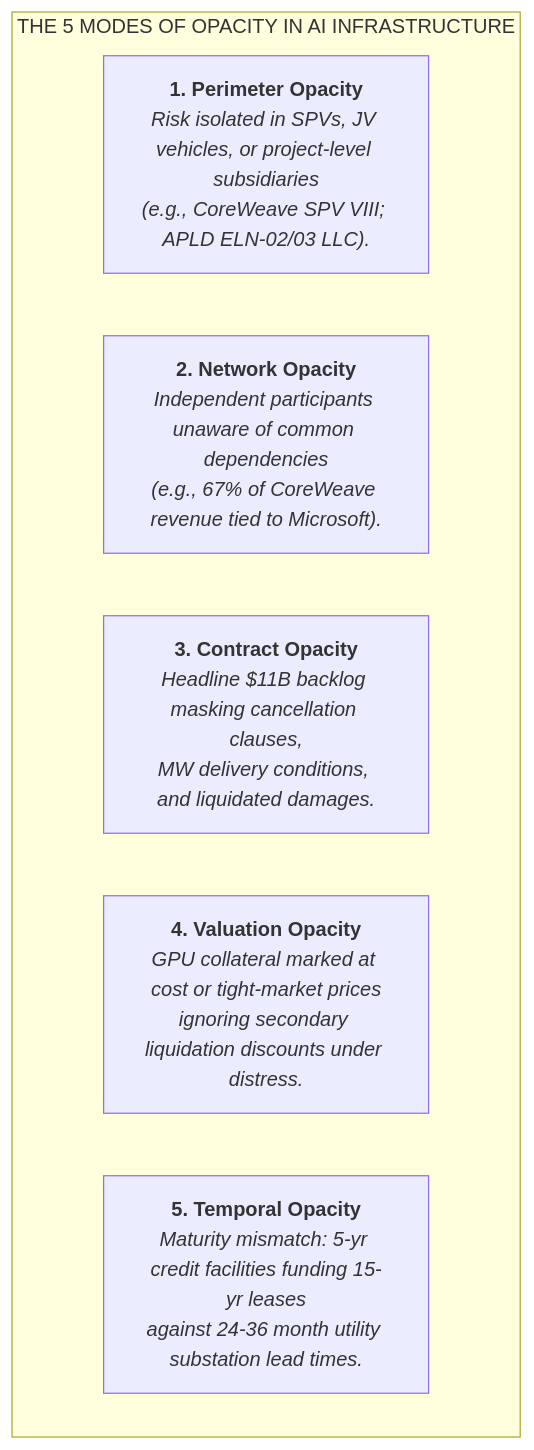
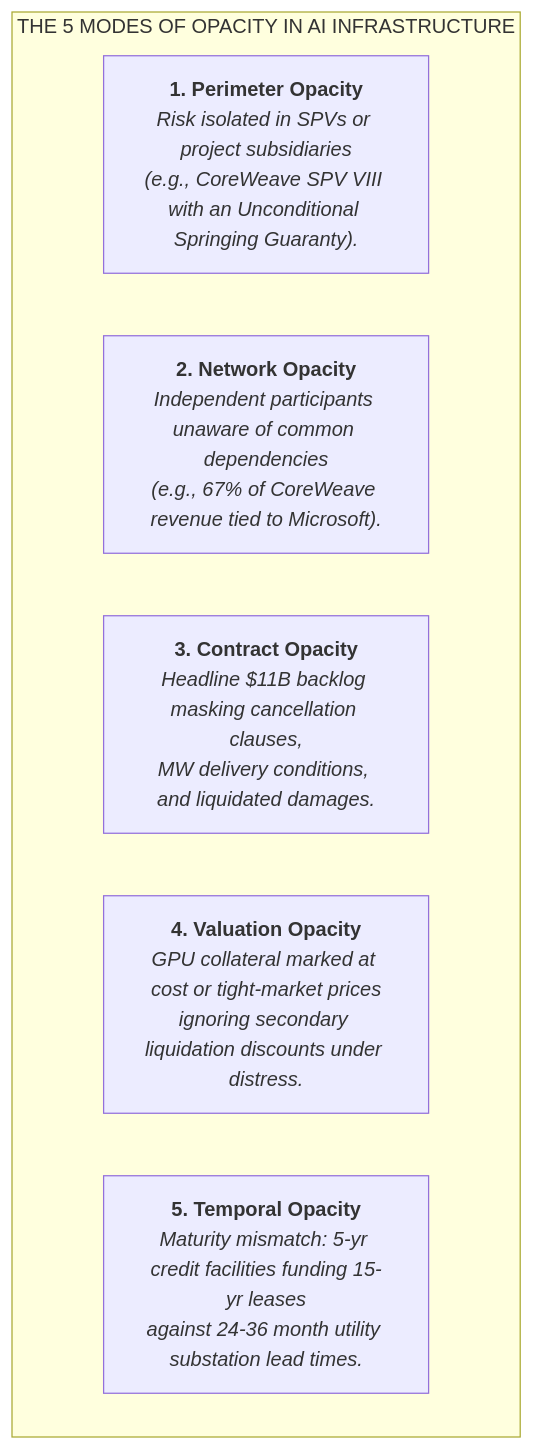
Before and after one commit to admiralorbiter/computational-sketchbook: the first of 2 diagrams in 2026/2026-09-28-ai-infrastructure-network/README.md, drawn with Mermaid. The commit also changed other lines of this file and 24 other files, not shown here.

````diff
--- a/2026/2026-09-28-ai-infrastructure-network/README.md
+++ b/2026/2026-09-28-ai-infrastructure-network/README.md
@@ -31,10 +31,10 @@
 ```mermaid
 flowchart TD
     subgraph OP["THE 5 MODES OF OPACITY IN AI INFRASTRUCTURE"]
-        P["<b>1. Perimeter Opacity</b><br/><i>Risk isolated in SPVs, JV vehicles, or project-level subsidiaries<br/>(e.g., CoreWeave SPV VIII; APLD ELN-02/03 LLC).</i>"]
+        P["<b>1. Perimeter Opacity</b><br/><i>Risk isolated in SPVs or project subsidiaries<br/>(e.g., CoreWeave SPV VIII with an Unconditional Springing Guaranty).</i>"]
         N["<b>2. Network Opacity</b><br/><i>Independent participants unaware of common dependencies<br/>(e.g., 67% of CoreWeave revenue tied to Microsoft).</i>"]
         C["<b>3. Contract Opacity</b><br/><i>Headline $11B backlog masking cancellation clauses,<br/>MW delivery conditions, and liquidated damages.</i>"]
         V["<b>4. Valuation Opacity</b><br/><i>GPU collateral marked at cost or tight-market prices<br/>ignoring secondary liquidation discounts under distress.</i>"]
         T["<b>5. Temporal Opacity</b><br/><i>Maturity mismatch: 5-yr credit facilities funding 15-yr leases<br/>against 24-36 month utility substation lead times.</i>"]
     end
 ```
````
